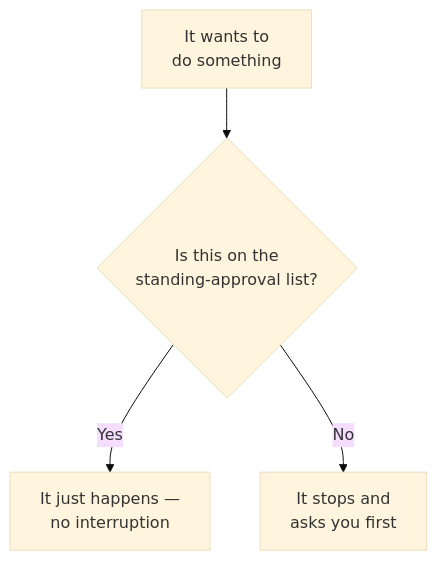
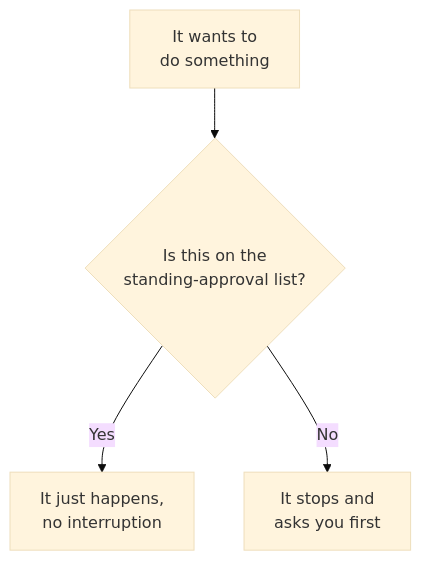
The diagram in docs/03-tools-permissions-hooks.md (Thommans-Playground/playground-claude-code), drawn with Mermaid (base theme) before and after one commit. The commit also changed other lines of this file and 8 other files, not shown here.

````diff
--- a/docs/03-tools-permissions-hooks.md
+++ b/docs/03-tools-permissions-hooks.md
@@ -16,6 +16,6 @@
 ```mermaid
 flowchart TD
     A["It wants to\ndo something"] --> B{"Is this on the\nstanding-approval list?"}
-    B -->|Yes| C["It just happens —\nno interruption"]
+    B -->|Yes| C["It just happens,\nno interruption"]
     B -->|No| D["It stops and\nasks you first"]
 ```
````
